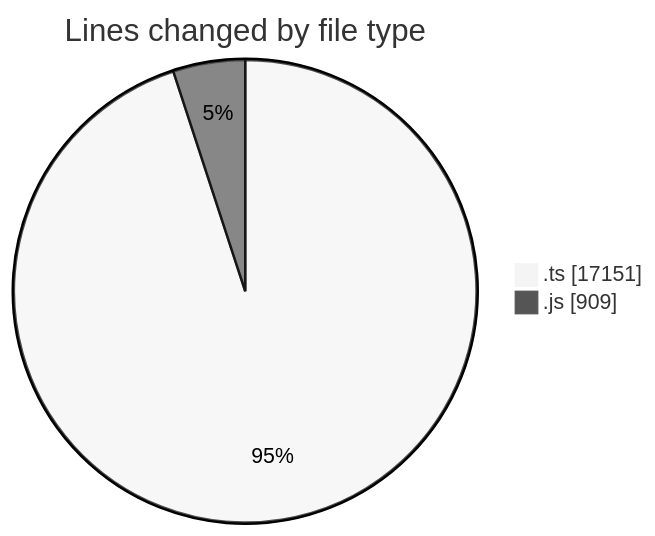
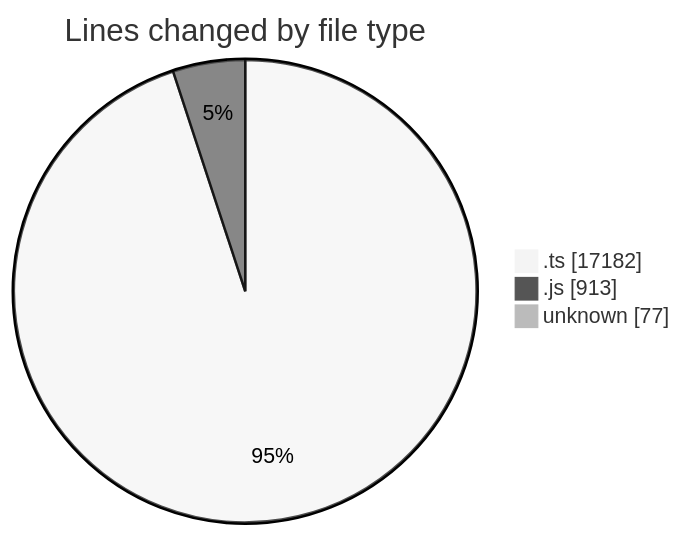
The first of 2 diagrams in 2026-02-03/cda/README.md (momahboobian/code-tracking), drawn with Mermaid (neutral theme) before and after one commit. The commit also changed other lines of this file and 1 other file, not shown here.

````diff
--- a/2026-02-03/cda/README.md
+++ b/2026-02-03/cda/README.md
@@ -24,6 +25,7 @@
 ```mermaid
 pie showData
 title Lines changed by file type
-".ts" : 17151
-".js" : 909
+".ts" : 17182
+".js" : 913
+"unknown" : 77
 ```
````
